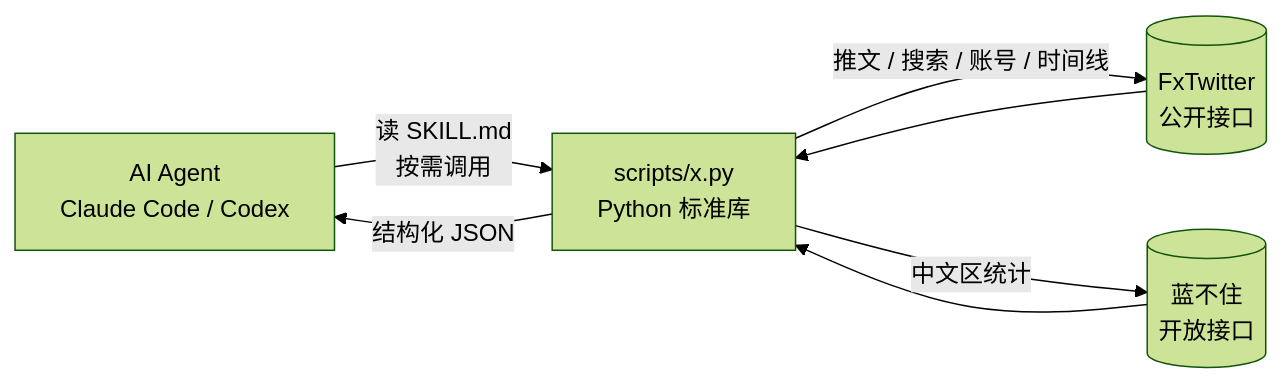
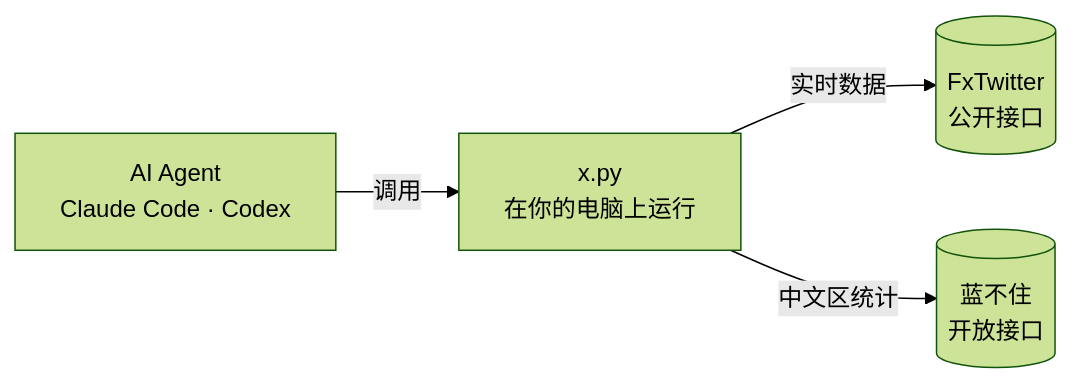
One commit to qianyubtc/X-Aggregate-Data changed the diagram in README.md. Above: the diagram before and after it, drawn with Mermaid (forest theme). The commit also changed other lines of this file and 1 other file, not shown here.

Commit message:
README：架构图改成单向流程、JSON 示例分行

````diff
--- a/README.md
+++ b/README.md
@@ -186,9 +193,6 @@
 ```mermaid
 flowchart LR
-    A[AI Agent<br/>Claude Code / Codex] -- 读 SKILL.md<br/>按需调用 --> B[scripts/x.py<br/>Python 标准库]
-    B -- 推文 / 搜索 / 账号 / 时间线 --> C[(FxTwitter<br/>公开接口)]
-    B -- 中文区统计 --> D[(蓝不住<br/>开放接口)]
-    C --> B
-    D --> B
-    B -- 结构化 JSON --> A
+    A["AI Agent<br/>Claude Code · Codex"] -->|调用| B["x.py<br/>在你的电脑上运行"]
+    B -->|实时数据| C[("FxTwitter<br/>公开接口")]
+    B -->|中文区统计| D[("蓝不住<br/>开放接口")]
 ```
````
